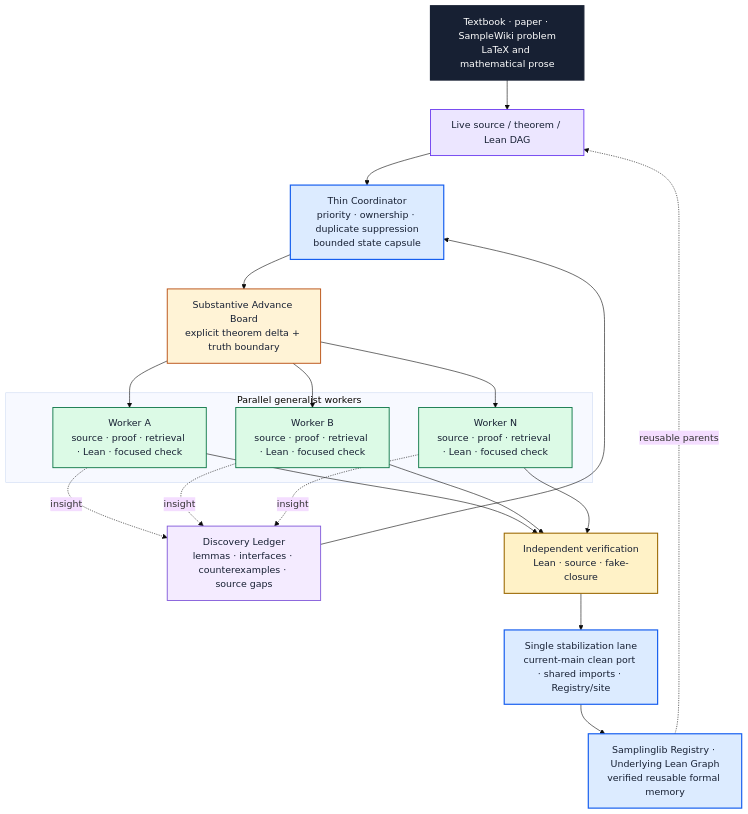
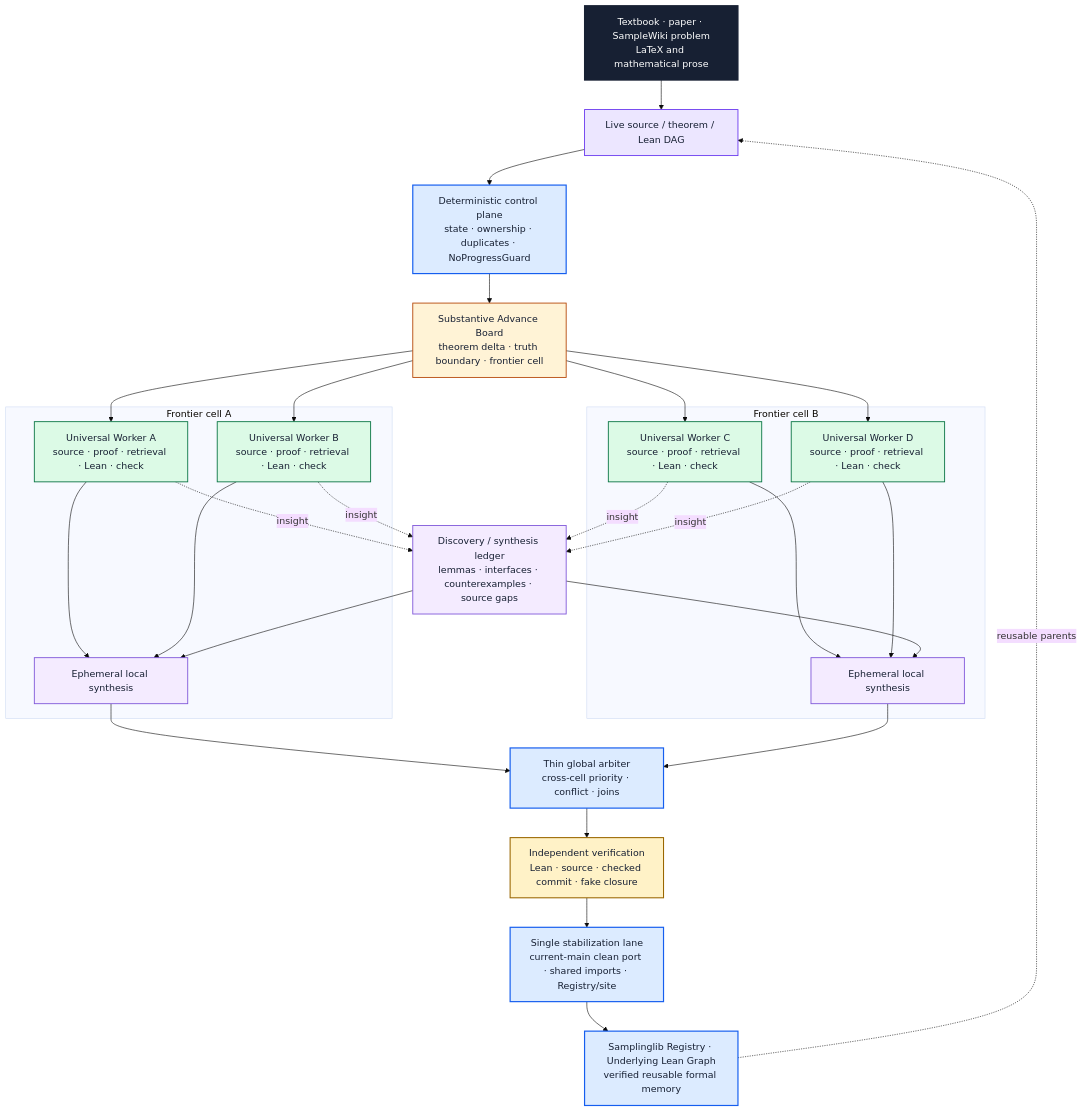
The diagram in README.md (DakeBU/Auto-Sampling-Theory-In-Sleep), drawn with Mermaid (base theme) before and after one commit. The commit also changed other lines of this file and 9 other files, not shown here.

````diff
--- a/README.md
+++ b/README.md
@@ -120,42 +157,56 @@
 ```mermaid
 flowchart TB
   Source["Textbook · paper · SampleWiki problem<br/>LaTeX and mathematical prose"]:::source
   DAG["Live source / theorem / Lean DAG"]:::dag
-  Coord["Thin Coordinator<br/>priority · ownership · duplicate suppression<br/>bounded state capsule"]:::coord
-  Board["Substantive Advance Board<br/>explicit theorem delta + truth boundary"]:::board
+  Control["Deterministic control plane<br/>state · ownership · duplicates · NoProgressGuard"]:::coord
+  Board["Substantive Advance Board<br/>theorem delta · truth boundary · frontier cell"]:::board
 
-  subgraph Workers["Parallel generalist workers"]
-    W1["Worker A<br/>source · proof · retrieval · Lean · focused check"]:::worker
-    W2["Worker B<br/>source · proof · retrieval · Lean · focused check"]:::worker
-    WN["Worker N<br/>source · proof · retrieval · Lean · focused check"]:::worker
+  subgraph CellA["Frontier cell A"]
+    W1["Universal Worker A<br/>source · proof · retrieval · Lean · check"]:::worker
+    W2["Universal Worker B<br/>source · proof · retrieval · Lean · check"]:::worker
+    S1["Ephemeral local synthesis"]:::synthesis
+    W1 --> S1
+    W2 --> S1
   end
 
-  Discovery["Discovery Ledger<br/>lemmas · interfaces · counterexamples · source gaps"]:::discovery
-  Verify["Independent verification<br/>Lean · source · fake-closure"]:::verify
+  subgraph CellB["Frontier cell B"]
+    W3["Universal Worker C<br/>source · proof · retrieval · Lean · check"]:::worker
+    W4["Universal Worker D<br/>source · proof · retrieval · Lean · check"]:::worker
+    S2["Ephemeral local synthesis"]:::synthesis
+    W3 --> S2
+    W4 --> S2
+  end
+
+  Discovery["Discovery / synthesis ledger<br/>lemmas · interfaces · counterexamples · source gaps"]:::discovery
+  Arbiter["Thin global arbiter<br/>cross-cell priority · conflict · joins"]:::coord
+  Verify["Independent verification<br/>Lean · source · checked commit · fake closure"]:::verify
   Stabilize["Single stabilization lane<br/>current-main clean port · shared imports · Registry/site"]:::stable
   Registry["Samplinglib Registry · Underlying Lean Graph<br/>verified reusable formal memory"]:::registry
 
-  Source --> DAG --> Coord --> Board
+  Source --> DAG --> Control --> Board
   Board --> W1
   Board --> W2
-  Board --> WN
+  Board --> W3
+  Board --> W4
   W1 -. insight .-> Discovery
   W2 -. insight .-> Discovery
-  WN -. insight .-> Discovery
-  W1 --> Verify
-  W2 --> Verify
-  WN --> Verify
-  Verify --> Stabilize --> Registry
-  Discovery --> Coord
+  W3 -. insight .-> Discovery
+  W4 -. insight .-> Discovery
+  Discovery --> S1
+  Discovery --> S2
+  S1 --> Arbiter
+  S2 --> Arbiter
+  Arbiter --> Verify --> Stabilize --> Registry
   Registry -. reusable parents .-> DAG
 
   classDef source fill:#172033,stroke:#172033,color:#fff,stroke-width:2px;
   classDef dag fill:#ECE6FF,stroke:#6938EF,color:#172033,stroke-width:1.5px;
   classDef coord fill:#DCEBFF,stroke:#155EEF,color:#172033,stroke-width:2px;
   classDef board fill:#FFF3D6,stroke:#B54708,color:#172033,stroke-width:1.5px;
   classDef worker fill:#DCFAE6,stroke:#087443,color:#172033,stroke-width:1.5px;
+  classDef synthesis fill:#F4EBFF,stroke:#7F56D9,color:#172033,stroke-width:1.5px;
   classDef discovery fill:#F4EBFF,stroke:#7F56D9,color:#172033,stroke-width:1.5px;
   classDef verify fill:#FFF2C7,stroke:#9A6700,color:#172033,stroke-width:1.8px;
   classDef stable fill:#DCEBFF,stroke:#155EEF,color:#172033,stroke-width:2px;
   classDef registry fill:#DCEBFF,stroke:#155EEF,color:#172033,stroke-width:2px;
 ```
````
